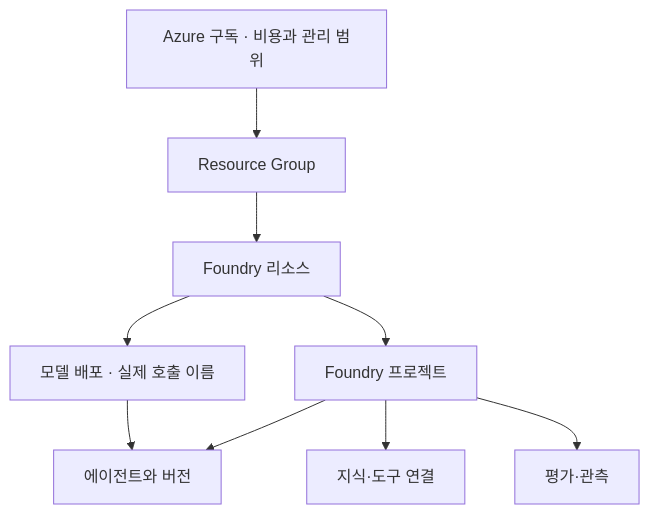
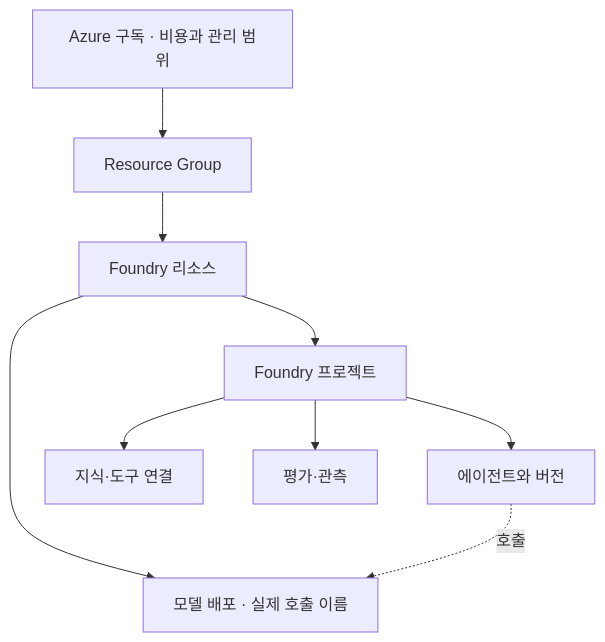
One commit to junwoojeong100/microsoft-foundry-v2-labs changed the diagram in docs/ko/labs/01-foundry.md. Above: the diagram before and after it, drawn with Mermaid. The commit also changed other lines of this file and 40 other files, not shown here.

````diff
--- a/docs/ko/labs/01-foundry.md
+++ b/docs/ko/labs/01-foundry.md
@@ -36,11 +36,11 @@
 ```mermaid
 flowchart TD
     S["Azure 구독 · 비용과 관리 범위"] --> R["Resource Group"]
     R --> F["Foundry 리소스"]
     F --> D["모델 배포 · 실제 호출 이름"]
     F --> P["Foundry 프로젝트"]
     P --> A["에이전트와 버전"]
     P --> C["지식·도구 연결"]
     P --> E["평가·관측"]
-    D --> A
+    A -. "호출" .-> D
 ```
````
